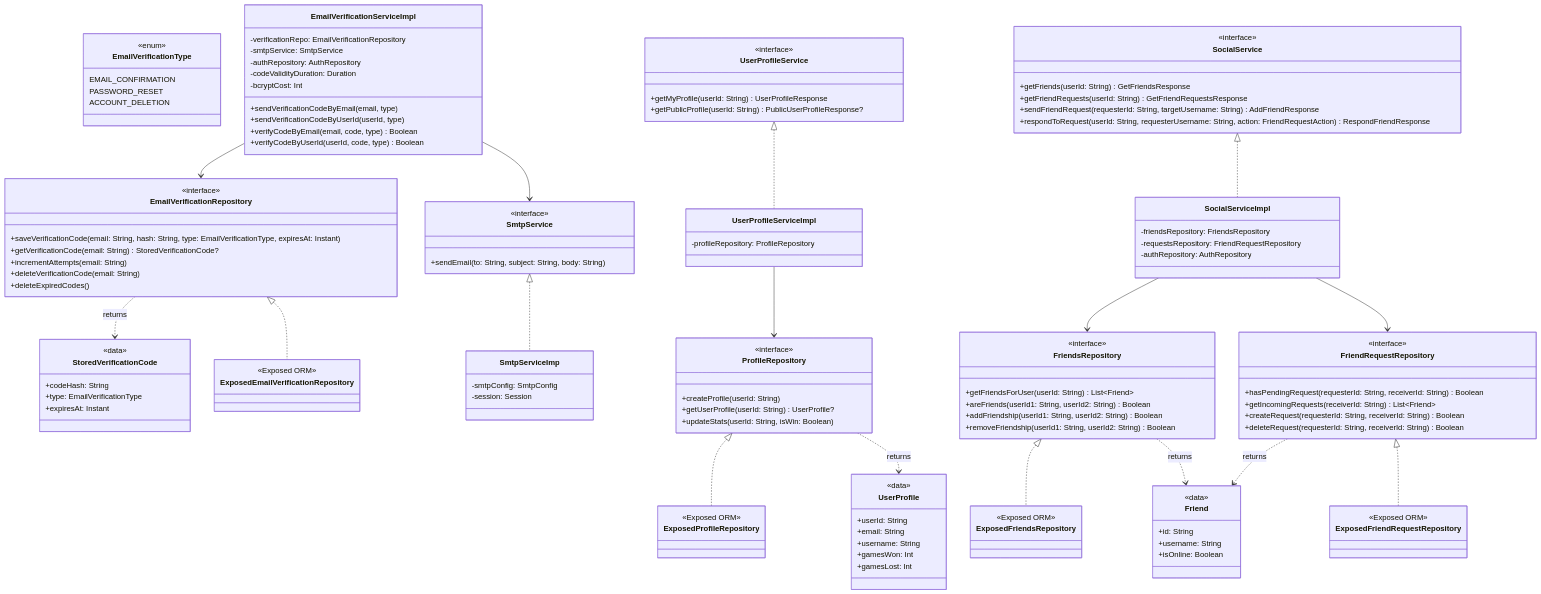
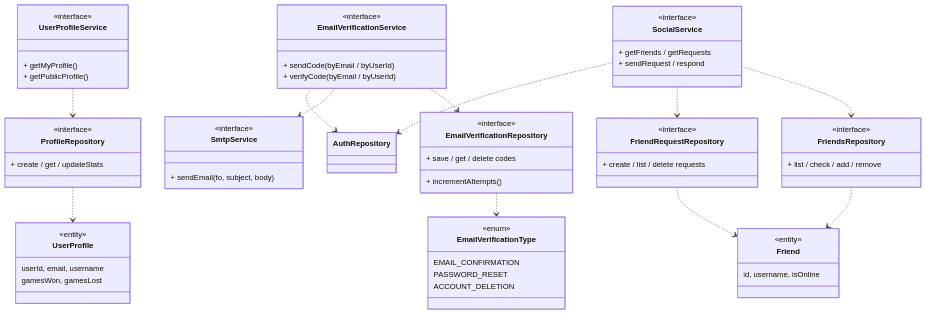
Before and after one commit to Erkko68/HexonKMP: the third of 7 diagrams in DOMAIN_MODEL.md, drawn with Mermaid. The commit also changed other lines of this file, not shown here.

Commit message:
docs: simplify domain model diagrams and remove implementation details for readability

````diff
--- a/DOMAIN_MODEL.md
+++ b/DOMAIN_MODEL.md
@@ -257,13 +139,6 @@
 ```mermaid
 classDiagram
     direction TB
-
-    class StoredVerificationCode {
-        <<data>>
-        +codeHash: String
-        +type: EmailVerificationType
-        +expiresAt: Instant
-    }
 
     class EmailVerificationType {
         <<enum>>
@@ -272,130 +147,65 @@
         ACCOUNT_DELETION
     }
 
+    class SmtpService {
+        <<interface>>
+        + sendEmail(to, subject, body)
+    }
     class EmailVerificationRepository {
         <<interface>>
-        +saveVerificationCode(email: String, hash: String, type: EmailVerificationType, expiresAt: Instant)
-        +getVerificationCode(email: String) StoredVerificationCode?
-        +incrementAttempts(email: String)
-        +deleteVerificationCode(email: String)
-        +deleteExpiredCodes()
+        + save / get / delete codes
+        + incrementAttempts()
     }
-
-    class ExposedEmailVerificationRepository {
-        <<Exposed ORM>>
-    }
-
-    class SmtpService {
+    class EmailVerificationService {
         <<interface>>
-        +sendEmail(to: String, subject: String, body: String)
-    }
-
-    class SmtpServiceImp {
-        -smtpConfig: SmtpConfig
-        -session: Session
-    }
-
-    class EmailVerificationServiceImpl {
-        -verificationRepo: EmailVerificationRepository
-        -smtpService: SmtpService
-        -authRepository: AuthRepository
-        -codeValidityDuration: Duration
-        -bcryptCost: Int
-        +sendVerificationCodeByEmail(email, type)
-        +sendVerificationCodeByUserId(userId, type)
-        +verifyCodeByEmail(email, code, type) Boolean
-        +verifyCodeByUserId(userId, code, type) Boolean
+        + sendCode(byEmail / byUserId)
+        + verifyCode(byEmail / byUserId)
     }
 
     class UserProfile {
-        <<data>>
-        +userId: String
-        +email: String
-        +username: String
-        +gamesWon: Int
-        +gamesLost: Int
+        <<entity>>
+        userId, email, username
+        gamesWon, gamesLost
     }
-
     class ProfileRepository {
         <<interface>>
-        +createProfile(userId: String)
-        +getUserProfile(userId: String) UserProfile?
-        +updateStats(userId: String, isWin: Boolean)
+        + create / get / updateStats
     }
-
-    class ExposedProfileRepository {
-        <<Exposed ORM>>
-    }
-
     class UserProfileService {
         <<interface>>
-        +getMyProfile(userId: String) UserProfileResponse
-        +getPublicProfile(userId: String) PublicUserProfileResponse?
-    }
-
-    class UserProfileServiceImpl {
-        -profileRepository: ProfileRepository
+        + getMyProfile()
+        + getPublicProfile()
     }
 
     class Friend {
-        <<data>>
-        +id: String
-        +username: String
-        +isOnline: Boolean
+        <<entity>>
+        id, username, isOnline
+    }
+    class FriendsRepository {
+        <<interface>>
+        + list / check / add / remove
+    }
+    class FriendRequestRepository {
+        <<interface>>
+        + create / list / delete requests
+    }
+    class SocialService {
+        <<interface>>
+        + getFriends / getRequests
+        + sendRequest / respond
     }
 
-    class FriendsRepository {
-        <<interface>>
-        +getFriendsForUser(userId: String) List~Friend~
-        +areFriends(userId1: String, userId2: String) Boolean
-        +addFriendship(userId1: String, userId2: String) Boolean
-        +removeFriendship(userId1: String, userId2: String) Boolean
-    }
+    EmailVerificationService ..> EmailVerificationRepository
+    EmailVerificationService ..> SmtpService
+    EmailVerificationService ..> AuthRepository
+    EmailVerificationRepository ..> EmailVerificationType
 
-    class ExposedFriendsRepository {
-        <<Exposed ORM>>
-    }
+    UserProfileService ..> ProfileRepository
+    ProfileRepository ..> UserProfile
 
-    class FriendRequestRepository {
-        <<interface>>
-        +hasPendingRequest(requesterId: String, receiverId: String) Boolean
-        +getIncomingRequests(receiverId: String) List~Friend~
-        +createRequest(requesterId: String, receiverId: String) Boolean
-        +deleteRequest(requesterId: String, receiverId: String) Boolean
-    }
-
-    class ExposedFriendRequestRepository {
-        <<Exposed ORM>>
-    }
-
-    class SocialService {
-        <<interface>>
-        +getFriends(userId: String) GetFriendsResponse
-        +getFriendRequests(userId: String) GetFriendRequestsResponse
-        +sendFriendRequest(requesterId: String, targetUsername: String) AddFriendResponse
-        +respondToRequest(userId: String, requesterUsername: String, action: FriendRequestAction) RespondFriendResponse
-    }
-
-    class SocialServiceImpl {
-        -friendsRepository: FriendsRepository
-        -requestsRepository: FriendRequestRepository
-        -authRepository: AuthRepository
-    }
-
-    EmailVerificationRepository <|.. ExposedEmailVerificationRepository
-    EmailVerificationRepository ..> StoredVerificationCode : returns
-    SmtpService <|.. SmtpServiceImp
-    EmailVerificationServiceImpl --> EmailVerificationRepository
-    EmailVerificationServiceImpl --> SmtpService
-    ProfileRepository <|.. ExposedProfileRepository
-    ProfileRepository ..> UserProfile : returns
-    UserProfileService <|.. UserProfileServiceImpl
-    UserProfileServiceImpl --> ProfileRepository
-    FriendsRepository <|.. ExposedFriendsRepository
-    FriendsRepository ..> Friend : returns
-    FriendRequestRepository <|.. ExposedFriendRequestRepository
-    FriendRequestRepository ..> Friend : returns
-    SocialService <|.. SocialServiceImpl
-    SocialServiceImpl --> FriendsRepository
-    SocialServiceImpl --> FriendRequestRepository
+    SocialService ..> FriendsRepository
+    SocialService ..> FriendRequestRepository
+    SocialService ..> AuthRepository
+    FriendsRepository ..> Friend
+    FriendRequestRepository ..> Friend
 ```
````
